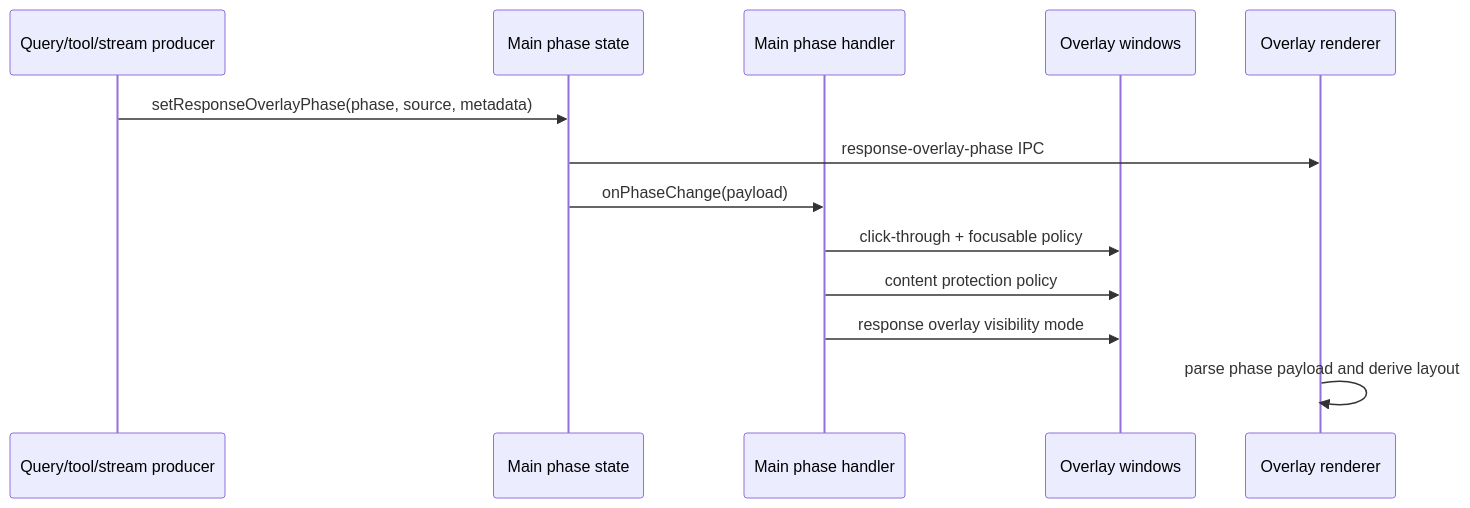
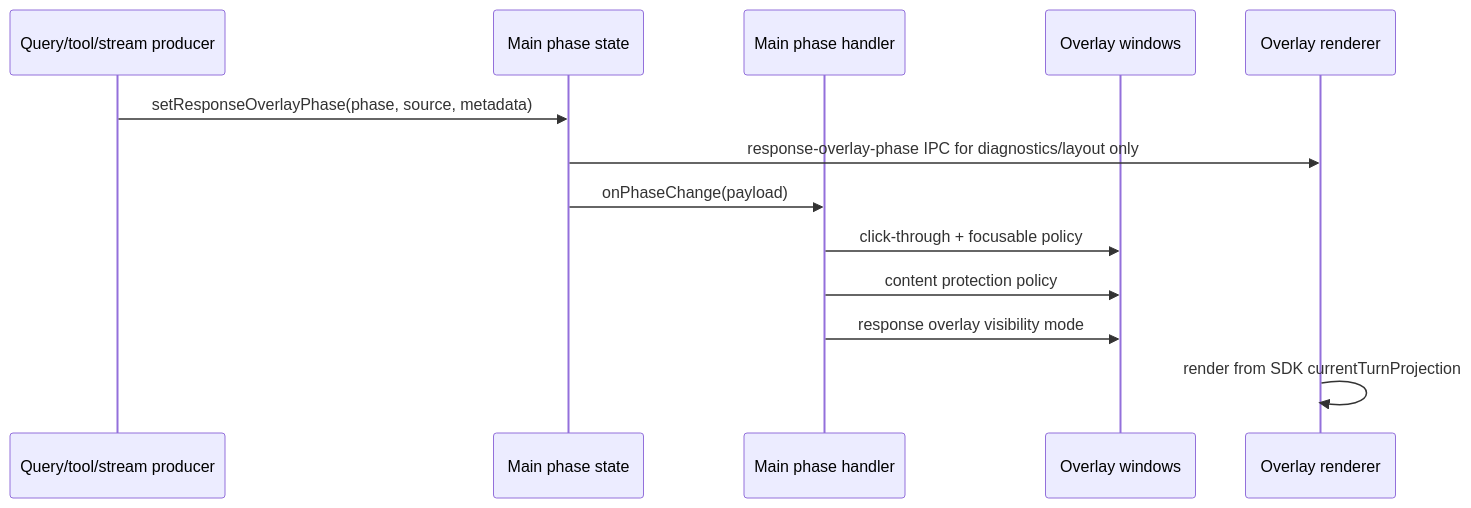
Before and after one commit to buiilding/My_Own_OpenClaw: the diagram in docs/frontend/runtime/overlay_phase_and_surface_change_workflow.md, drawn with Mermaid. The commit also changed other lines of this file and 35 other files, not shown here.

````diff
--- a/docs/frontend/runtime/overlay_phase_and_surface_change_workflow.md
+++ b/docs/frontend/runtime/overlay_phase_and_surface_change_workflow.md
@@ -56,16 +55,16 @@
 ```mermaid
 sequenceDiagram
     participant Producer as Query/tool/stream producer
     participant MainState as Main phase state
     participant MainHandler as Main phase handler
     participant Windows as Overlay windows
     participant Renderer as Overlay renderer
 
     Producer->>MainState: setResponseOverlayPhase(phase, source, metadata)
-    MainState->>Renderer: response-overlay-phase IPC
+    MainState->>Renderer: response-overlay-phase IPC for diagnostics/layout only
     MainState->>MainHandler: onPhaseChange(payload)
     MainHandler->>Windows: click-through + focusable policy
     MainHandler->>Windows: content protection policy
     MainHandler->>Windows: response overlay visibility mode
-    Renderer->>Renderer: parse phase payload and derive layout
+    Renderer->>Renderer: render from SDK currentTurnProjection
 ```
````
